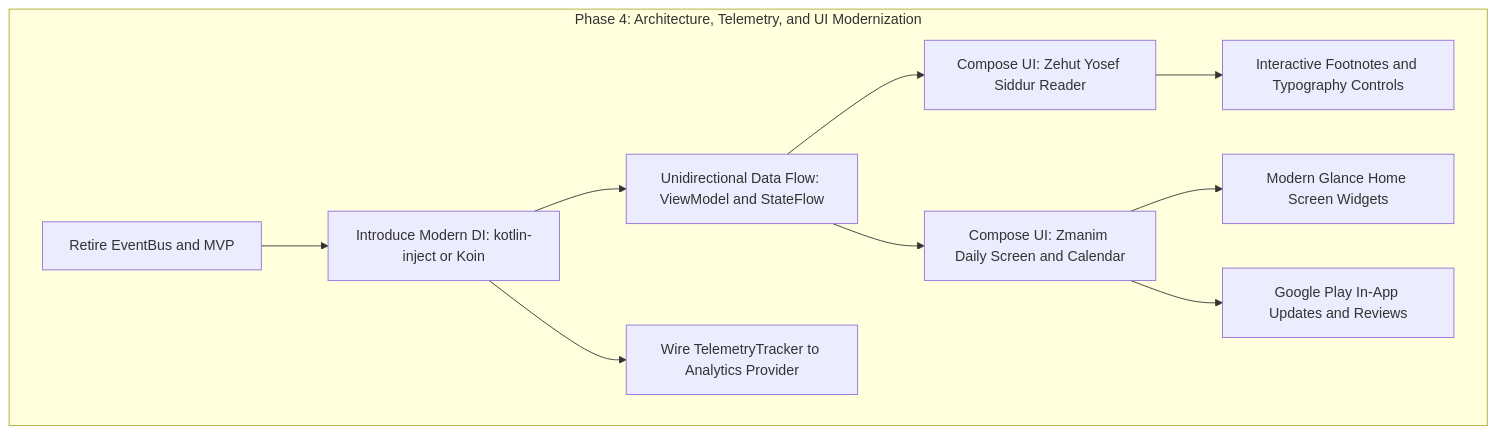
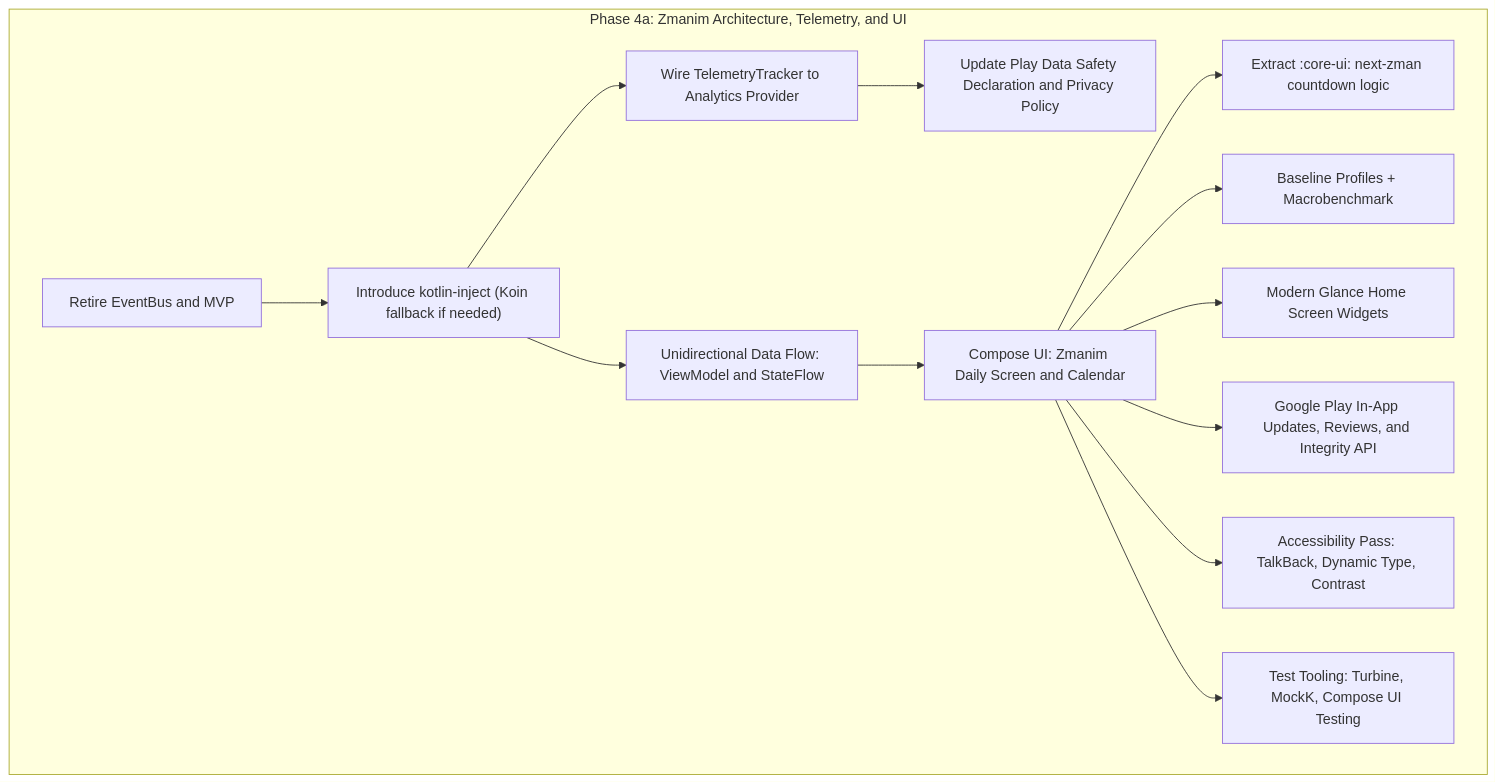
The sixth of 8 diagrams in docs/superpowers/specs/master-roadmap.md (jgindin/zmanim), drawn with Mermaid before and after one commit. The commit also changed other lines of this file and 2 other files, not shown here.

````diff
--- a/docs/superpowers/specs/master-roadmap.md
+++ b/docs/superpowers/specs/master-roadmap.md
@@ -183,13 +240,16 @@
 ```mermaid
 flowchart TD
-    subgraph Modernization ["Phase 4: Architecture, Telemetry, and UI Modernization"]
-        A1["Retire EventBus and MVP"] --> A2["Introduce Modern DI: kotlin-inject or Koin"]
+    subgraph Modernization ["Phase 4a: Zmanim Architecture, Telemetry, and UI"]
+        A1["Retire EventBus and MVP"] --> A2["Introduce kotlin-inject (Koin fallback if needed)"]
         A2 --> A3["Unidirectional Data Flow: ViewModel and StateFlow"]
         A2 --> AT["Wire TelemetryTracker to Analytics Provider"]
+        AT --> APRIV["Update Play Data Safety Declaration and Privacy Policy"]
         A3 --> A4["Compose UI: Zmanim Daily Screen and Calendar"]
-        A3 --> A5["Compose UI: Zehut Yosef Siddur Reader"]
-        A5 --> A6["Interactive Footnotes and Typography Controls"]
+        A4 --> ACU["Extract :core-ui: next-zman countdown logic"]
+        A4 --> ABP["Baseline Profiles + Macrobenchmark"]
         A4 --> A7["Modern Glance Home Screen Widgets"]
-        A4 --> AP["Google Play In-App Updates and Reviews"]
+        A4 --> AP["Google Play In-App Updates, Reviews, and Integrity API"]
+        A4 --> AACC["Accessibility Pass: TalkBack, Dynamic Type, Contrast"]
+        A4 --> ATT["Test Tooling: Turbine, MockK, Compose UI Testing"]
     end
 ```
````
